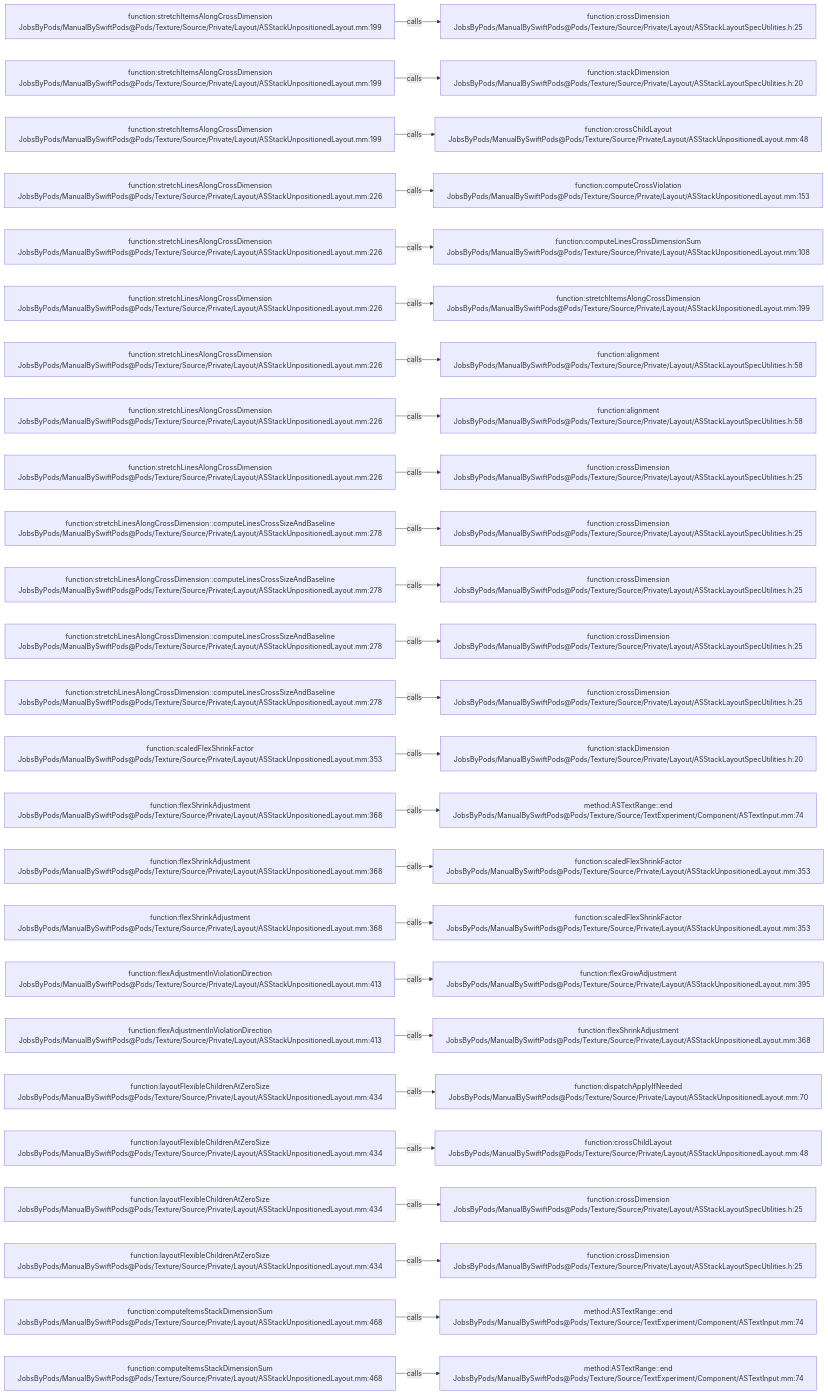
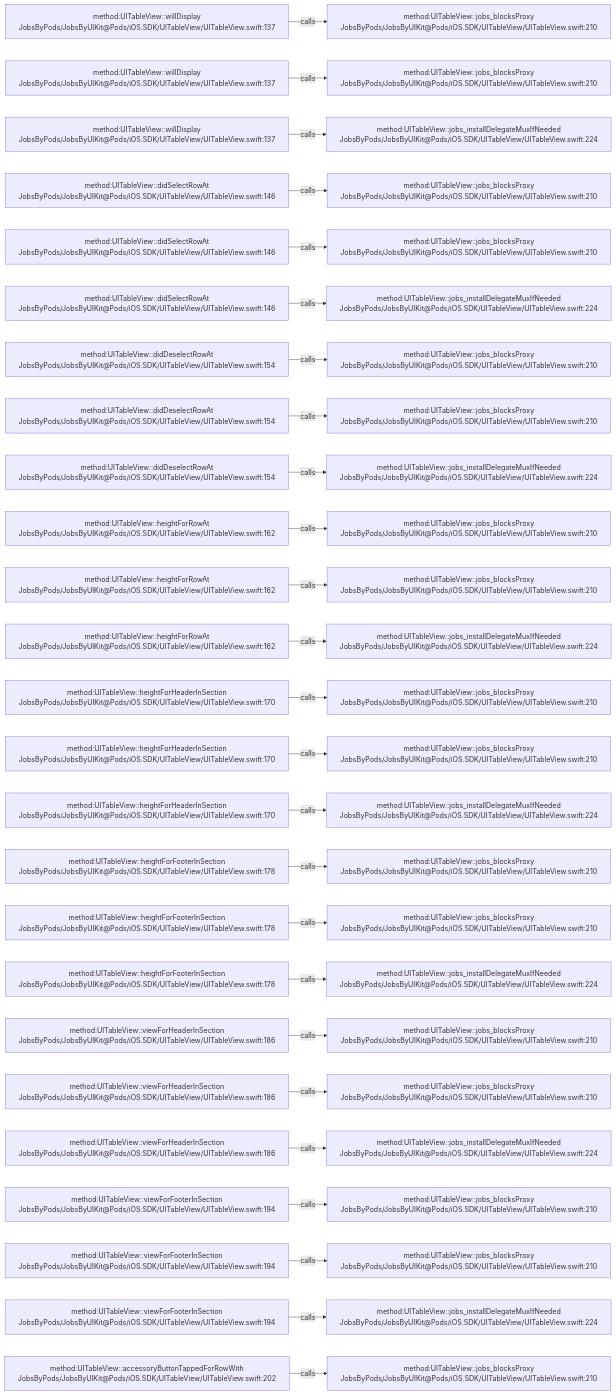
One commit to JobsKits/JobsSwiftBaseConfigDemo changed the diagram in .codegraph/codegraph.md/graphs/calls-125.md. Above: the diagram before and after it, drawn with Mermaid. The commit also changed 224 other files, not shown here.

````diff
--- a/.codegraph/codegraph.md/graphs/calls-125.md
+++ b/.codegraph/codegraph.md/graphs/calls-125.md
@@ -13,78 +13,78 @@
 ```mermaid
 flowchart LR
-  S1["function:stretchItemsAlongCrossDimension<br/>JobsByPods/ManualBySwiftPods@Pods/Texture/Source/Private/Layout/ASStackUnpositionedLayout.mm:199"]
-  T1["function:crossDimension<br/>JobsByPods/ManualBySwiftPods@Pods/Texture/Source/Private/Layout/ASStackLayoutSpecUtilities.h:25"]
+  S1["method:UITableView::willDisplay<br/>JobsByPods/JobsByUIKit@Pods/iOS.SDK/UITableView/UITableView.swift:137"]
+  T1["method:UITableView::jobs_blocksProxy<br/>JobsByPods/JobsByUIKit@Pods/iOS.SDK/UITableView/UITableView.swift:210"]
   S1 -->|calls| T1
-  S2["function:stretchItemsAlongCrossDimension<br/>JobsByPods/ManualBySwiftPods@Pods/Texture/Source/Private/Layout/ASStackUnpositionedLayout.mm:199"]
-  T2["function:stackDimension<br/>JobsByPods/ManualBySwiftPods@Pods/Texture/Source/Private/Layout/ASStackLayoutSpecUtilities.h:20"]
+  S2["method:UITableView::willDisplay<br/>JobsByPods/JobsByUIKit@Pods/iOS.SDK/UITableView/UITableView.swift:137"]
+  T2["method:UITableView::jobs_blocksProxy<br/>JobsByPods/JobsByUIKit@Pods/iOS.SDK/UITableView/UITableView.swift:210"]
   S2 -->|calls| T2
-  S3["function:stretchItemsAlongCrossDimension<br/>JobsByPods/ManualBySwiftPods@Pods/Texture/Source/Private/Layout/ASStackUnpositionedLayout.mm:199"]
-  T3["function:crossChildLayout<br/>JobsByPods/ManualBySwiftPods@Pods/Texture/Source/Private/Layout/ASStackUnpositionedLayout.mm:48"]
+  S3["method:UITableView::willDisplay<br/>JobsByPods/JobsByUIKit@Pods/iOS.SDK/UITableView/UITableView.swift:137"]
+  T3["method:UITableView::jobs_installDelegateMuxIfNeeded<br/>JobsByPods/JobsByUIKit@Pods/iOS.SDK/UITableView/UITableView.swift:224"]
   S3 -->|calls| T3
-  S4["function:stretchLinesAlongCrossDimension<br/>JobsByPods/ManualBySwiftPods@Pods/Texture/Source/Private/Layout/ASStackUnpositionedLayout.mm:226"]
-  T4["function:computeCrossViolation<br/>JobsByPods/ManualBySwiftPods@Pods/Texture/Source/Private/Layout/ASStackUnpositionedLayout.mm:153"]
+  S4["method:UITableView::didSelectRowAt<br/>JobsByPods/JobsByUIKit@Pods/iOS.SDK/UITableView/UITableView.swift:146"]
+  T4["method:UITableView::jobs_blocksProxy<br/>JobsByPods/JobsByUIKit@Pods/iOS.SDK/UITableView/UITableView.swift:210"]
   S4 -->|calls| T4
-  S5["function:stretchLinesAlongCrossDimension<br/>JobsByPods/ManualBySwiftPods@Pods/Texture/Source/Private/Layout/ASStackUnpositionedLayout.mm:226"]
-  T5["function:computeLinesCrossDimensionSum<br/>JobsByPods/ManualBySwiftPods@Pods/Texture/Source/Private/Layout/ASStackUnpositionedLayout.mm:108"]
+  S5["method:UITableView::didSelectRowAt<br/>JobsByPods/JobsByUIKit@Pods/iOS.SDK/UITableView/UITableView.swift:146"]
+  T5["method:UITableView::jobs_blocksProxy<br/>JobsByPods/JobsByUIKit@Pods/iOS.SDK/UITableView/UITableView.swift:210"]
   S5 -->|calls| T5
-  S6["function:stretchLinesAlongCrossDimension<br/>JobsByPods/ManualBySwiftPods@Pods/Texture/Source/Private/Layout/ASStackUnpositionedLayout.mm:226"]
-  T6["function:stretchItemsAlongCrossDimension<br/>JobsByPods/ManualBySwiftPods@Pods/Texture/Source/Private/Layout/ASStackUnpositionedLayout.mm:199"]
+  S6["method:UITableView::didSelectRowAt<br/>JobsByPods/JobsByUIKit@Pods/iOS.SDK/UITableView/UITableView.swift:146"]
+  T6["method:UITableView::jobs_installDelegateMuxIfNeeded<br/>JobsByPods/JobsByUIKit@Pods/iOS.SDK/UITableView/UITableView.swift:224"]
   S6 -->|calls| T6
-  S7["function:stretchLinesAlongCrossDimension<br/>JobsByPods/ManualBySwiftPods@Pods/Texture/Source/Private/Layout/ASStackUnpositionedLayout.mm:226"]
-  T7["function:alignment<br/>JobsByPods/ManualBySwiftPods@Pods/Texture/Source/Private/Layout/ASStackLayoutSpecUtilities.h:58"]
+  S7["method:UITableView::didDeselectRowAt<br/>JobsByPods/JobsByUIKit@Pods/iOS.SDK/UITableView/UITableView.swift:154"]
+  T7["method:UITableView::jobs_blocksProxy<br/>JobsByPods/JobsByUIKit@Pods/iOS.SDK/UITableView/UITableView.swift:210"]
   S7 -->|calls| T7
-  S8["function:stretchLinesAlongCrossDimension<br/>JobsByPods/ManualBySwiftPods@Pods/Texture/Source/Private/Layout/ASStackUnpositionedLayout.mm:226"]
-  T8["function:alignment<br/>JobsByPods/ManualBySwiftPods@Pods/Texture/Source/Private/Layout/ASStackLayoutSpecUtilities.h:58"]
+  S8["method:UITableView::didDeselectRowAt<br/>JobsByPods/JobsByUIKit@Pods/iOS.SDK/UITableView/UITableView.swift:154"]
+  T8["method:UITableView::jobs_blocksProxy<br/>JobsByPods/JobsByUIKit@Pods/iOS.SDK/UITableView/UITableView.swift:210"]
   S8 -->|calls| T8
-  S9["function:stretchLinesAlongCrossDimension<br/>JobsByPods/ManualBySwiftPods@Pods/Texture/Source/Private/Layout/ASStackUnpositionedLayout.mm:226"]
-  T9["function:crossDimension<br/>JobsByPods/ManualBySwiftPods@Pods/Texture/Source/Private/Layout/ASStackLayoutSpecUtilities.h:25"]
+  S9["method:UITableView::didDeselectRowAt<br/>JobsByPods/JobsByUIKit@Pods/iOS.SDK/UITableView/UITableView.swift:154"]
+  T9["method:UITableView::jobs_installDelegateMuxIfNeeded<br/>JobsByPods/JobsByUIKit@Pods/iOS.SDK/UITableView/UITableView.swift:224"]
   S9 -->|calls| T9
-  S10["function:stretchLinesAlongCrossDimension::computeLinesCrossSizeAndBaseline<br/>JobsByPods/ManualBySwiftPods@Pods/Texture/Source/Private/Layout/ASStackUnpositionedLayout.mm:278"]
-  T10["function:crossDimension<br/>JobsByPods/ManualBySwiftPods@Pods/Texture/Source/Private/Layout/ASStackLayoutSpecUtilities.h:25"]
+  S10["method:UITableView::heightForRowAt<br/>JobsByPods/JobsByUIKit@Pods/iOS.SDK/UITableView/UITableView.swift:162"]
+  T10["method:UITableView::jobs_blocksProxy<br/>JobsByPods/JobsByUIKit@Pods/iOS.SDK/UITableView/UITableView.swift:210"]
   S10 -->|calls| T10
-  S11["function:stretchLinesAlongCrossDimension::computeLinesCrossSizeAndBaseline<br/>JobsByPods/ManualBySwiftPods@Pods/Texture/Source/Private/Layout/ASStackUnpositionedLayout.mm:278"]
-  T11["function:crossDimension<br/>JobsByPods/ManualBySwiftPods@Pods/Texture/Source/Private/Layout/ASStackLayoutSpecUtilities.h:25"]
+  S11["method:UITableView::heightForRowAt<br/>JobsByPods/JobsByUIKit@Pods/iOS.SDK/UITableView/UITableView.swift:162"]
+  T11["method:UITableView::jobs_blocksProxy<br/>JobsByPods/JobsByUIKit@Pods/iOS.SDK/UITableView/UITableView.swift:210"]
   S11 -->|calls| T11
-  S12["function:stretchLinesAlongCrossDimension::computeLinesCrossSizeAndBaseline<br/>JobsByPods/ManualBySwiftPods@Pods/Texture/Source/Private/Layout/ASStackUnpositionedLayout.mm:278"]
-  T12["function:crossDimension<br/>JobsByPods/ManualBySwiftPods@Pods/Texture/Source/Private/Layout/ASStackLayoutSpecUtilities.h:25"]
+  S12["method:UITableView::heightForRowAt<br/>JobsByPods/JobsByUIKit@Pods/iOS.SDK/UITableView/UITableView.swift:162"]
+  T12["method:UITableView::jobs_installDelegateMuxIfNeeded<br/>JobsByPods/JobsByUIKit@Pods/iOS.SDK/UITableView/UITableView.swift:224"]
   S12 -->|calls| T12
-  S13["function:stretchLinesAlongCrossDimension::computeLinesCrossSizeAndBaseline<br/>JobsByPods/ManualBySwiftPods@Pods/Texture/Source/Private/Layout/ASStackUnpositionedLayout.mm:278"]
-  T13["function:crossDimension<br/>JobsByPods/ManualBySwiftPods@Pods/Texture/Source/Private/Layout/ASStackLayoutSpecUtilities.h:25"]
+  S13["method:UITableView::heightForHeaderInSection<br/>JobsByPods/JobsByUIKit@Pods/iOS.SDK/UITableView/UITableView.swift:170"]
+  T13["method:UITableView::jobs_blocksProxy<br/>JobsByPods/JobsByUIKit@Pods/iOS.SDK/UITableView/UITableView.swift:210"]
   S13 -->|calls| T13
-  S14["function:scaledFlexShrinkFactor<br/>JobsByPods/ManualBySwiftPods@Pods/Texture/Source/Private/Layout/ASStackUnpositionedLayout.mm:353"]
-  T14["function:stackDimension<br/>JobsByPods/ManualBySwiftPods@Pods/Texture/Source/Private/Layout/ASStackLayoutSpecUtilities.h:20"]
+  S14["method:UITableView::heightForHeaderInSection<br/>JobsByPods/JobsByUIKit@Pods/iOS.SDK/UITableView/UITableView.swift:170"]
+  T14["method:UITableView::jobs_blocksProxy<br/>JobsByPods/JobsByUIKit@Pods/iOS.SDK/UITableView/UITableView.swift:210"]
   S14 -->|calls| T14
-  S15["function:flexShrinkAdjustment<br/>JobsByPods/ManualBySwiftPods@Pods/Texture/Source/Private/Layout/ASStackUnpositionedLayout.mm:368"]
-  T15["method:ASTextRange::end<br/>JobsByPods/ManualBySwiftPods@Pods/Texture/Source/TextExperiment/Component/ASTextInput.mm:74"]
+  S15["method:UITableView::heightForHeaderInSection<br/>JobsByPods/JobsByUIKit@Pods/iOS.SDK/UITableView/UITableView.swift:170"]
+  T15["method:UITableView::jobs_installDelegateMuxIfNeeded<br/>JobsByPods/JobsByUIKit@Pods/iOS.SDK/UITableView/UITableView.swift:224"]
   S15 -->|calls| T15
-  S16["function:flexShrinkAdjustment<br/>JobsByPods/ManualBySwiftPods@Pods/Texture/Source/Private/Layout/ASStackUnpositionedLayout.mm:368"]
-  T16["function:scaledFlexShrinkFactor<br/>JobsByPods/ManualBySwiftPods@Pods/Texture/Source/Private/Layout/ASStackUnpositionedLayout.mm:353"]
+  S16["method:UITableView::heightForFooterInSection<br/>JobsByPods/JobsByUIKit@Pods/iOS.SDK/UITableView/UITableView.swift:178"]
+  T16["method:UITableView::jobs_blocksProxy<br/>JobsByPods/JobsByUIKit@Pods/iOS.SDK/UITableView/UITableView.swift:210"]
   S16 -->|calls| T16
-  S17["function:flexShrinkAdjustment<br/>JobsByPods/ManualBySwiftPods@Pods/Texture/Source/Private/Layout/ASStackUnpositionedLayout.mm:368"]
-  T17["function:scaledFlexShrinkFactor<br/>JobsByPods/ManualBySwiftPods@Pods/Texture/Source/Private/Layout/ASStackUnpositionedLayout.mm:353"]
+  S17["method:UITableView::heightForFooterInSection<br/>JobsByPods/JobsByUIKit@Pods/iOS.SDK/UITableView/UITableView.swift:178"]
+  T17["method:UITableView::jobs_blocksProxy<br/>JobsByPods/JobsByUIKit@Pods/iOS.SDK/UITableView/UITableView.swift:210"]
   S17 -->|calls| T17
-  S18["function:flexAdjustmentInViolationDirection<br/>JobsByPods/ManualBySwiftPods@Pods/Texture/Source/Private/Layout/ASStackUnpositionedLayout.mm:413"]
-  T18["function:flexGrowAdjustment<br/>JobsByPods/ManualBySwiftPods@Pods/Texture/Source/Private/Layout/ASStackUnpositionedLayout.mm:395"]
+  S18["method:UITableView::heightForFooterInSection<br/>JobsByPods/JobsByUIKit@Pods/iOS.SDK/UITableView/UITableView.swift:178"]
+  T18["method:UITableView::jobs_installDelegateMuxIfNeeded<br/>JobsByPods/JobsByUIKit@Pods/iOS.SDK/UITableView/UITableView.swift:224"]
   S18 -->|calls| T18
-  S19["function:flexAdjustmentInViolationDirection<br/>JobsByPods/ManualBySwiftPods@Pods/Texture/Source/Private/Layout/ASStackUnpositionedLayout.mm:413"]
-  T19["function:flexShrinkAdjustment<br/>JobsByPods/ManualBySwiftPods@Pods/Texture/Source/Private/Layout/ASStackUnpositionedLayout.mm:368"]
+  S19["method:UITableView::viewForHeaderInSection<br/>JobsByPods/JobsByUIKit@Pods/iOS.SDK/UITableView/UITableView.swift:186"]
+  T19["method:UITableView::jobs_blocksProxy<br/>JobsByPods/JobsByUIKit@Pods/iOS.SDK/UITableView/UITableView.swift:210"]
   S19 -->|calls| T19
-  S20["function:layoutFlexibleChildrenAtZeroSize<br/>JobsByPods/ManualBySwiftPods@Pods/Texture/Source/Private/Layout/ASStackUnpositionedLayout.mm:434"]
-  T20["function:dispatchApplyIfNeeded<br/>JobsByPods/ManualBySwiftPods@Pods/Texture/Source/Private/Layout/ASStackUnpositionedLayout.mm:70"]
+  S20["method:UITableView::viewForHeaderInSection<br/>JobsByPods/JobsByUIKit@Pods/iOS.SDK/UITableView/UITableView.swift:186"]
+  T20["method:UITableView::jobs_blocksProxy<br/>JobsByPods/JobsByUIKit@Pods/iOS.SDK/UITableView/UITableView.swift:210"]
   S20 -->|calls| T20
-  S21["function:layoutFlexibleChildrenAtZeroSize<br/>JobsByPods/ManualBySwiftPods@Pods/Texture/Source/Private/Layout/ASStackUnpositionedLayout.mm:434"]
-  T21["function:crossChildLayout<br/>JobsByPods/ManualBySwiftPods@Pods/Texture/Source/Private/Layout/ASStackUnpositionedLayout.mm:48"]
+  S21["method:UITableView::viewForHeaderInSection<br/>JobsByPods/JobsByUIKit@Pods/iOS.SDK/UITableView/UITableView.swift:186"]
+  T21["method:UITableView::jobs_installDelegateMuxIfNeeded<br/>JobsByPods/JobsByUIKit@Pods/iOS.SDK/UITableView/UITableView.swift:224"]
   S21 -->|calls| T21
-  S22["function:layoutFlexibleChildrenAtZeroSize<br/>JobsByPods/ManualBySwiftPods@Pods/Texture/Source/Private/Layout/ASStackUnpositionedLayout.mm:434"]
-  T22["function:crossDimension<br/>JobsByPods/ManualBySwiftPods@Pods/Texture/Source/Private/Layout/ASStackLayoutSpecUtilities.h:25"]
+  S22["method:UITableView::viewForFooterInSection<br/>JobsByPods/JobsByUIKit@Pods/iOS.SDK/UITableView/UITableView.swift:194"]
+  T22["method:UITableView::jobs_blocksProxy<br/>JobsByPods/JobsByUIKit@Pods/iOS.SDK/UITableView/UITableView.swift:210"]
   S22 -->|calls| T22
-  S23["function:layoutFlexibleChildrenAtZeroSize<br/>JobsByPods/ManualBySwiftPods@Pods/Texture/Source/Private/Layout/ASStackUnpositionedLayout.mm:434"]
-  T23["function:crossDimension<br/>JobsByPods/ManualBySwiftPods@Pods/Texture/Source/Private/Layout/ASStackLayoutSpecUtilities.h:25"]
+  S23["method:UITableView::viewForFooterInSection<br/>JobsByPods/JobsByUIKit@Pods/iOS.SDK/UITableView/UITableView.swift:194"]
+  T23["method:UITableView::jobs_blocksProxy<br/>JobsByPods/JobsByUIKit@Pods/iOS.SDK/UITableView/UITableView.swift:210"]
   S23 -->|calls| T23
-  S24["function:computeItemsStackDimensionSum<br/>JobsByPods/ManualBySwiftPods@Pods/Texture/Source/Private/Layout/ASStackUnpositionedLayout.mm:468"]
-  T24["method:ASTextRange::end<br/>JobsByPods/ManualBySwiftPods@Pods/Texture/Source/TextExperiment/Component/ASTextInput.mm:74"]
+  S24["method:UITableView::viewForFooterInSection<br/>JobsByPods/JobsByUIKit@Pods/iOS.SDK/UITableView/UITableView.swift:194"]
+  T24["method:UITableView::jobs_installDelegateMuxIfNeeded<br/>JobsByPods/JobsByUIKit@Pods/iOS.SDK/UITableView/UITableView.swift:224"]
   S24 -->|calls| T24
-  S25["function:computeItemsStackDimensionSum<br/>JobsByPods/ManualBySwiftPods@Pods/Texture/Source/Private/Layout/ASStackUnpositionedLayout.mm:468"]
-  T25["method:ASTextRange::end<br/>JobsByPods/ManualBySwiftPods@Pods/Texture/Source/TextExperiment/Component/ASTextInput.mm:74"]
+  S25["method:UITableView::accessoryButtonTappedForRowWith<br/>JobsByPods/JobsByUIKit@Pods/iOS.SDK/UITableView/UITableView.swift:202"]
+  T25["method:UITableView::jobs_blocksProxy<br/>JobsByPods/JobsByUIKit@Pods/iOS.SDK/UITableView/UITableView.swift:210"]
   S25 -->|calls| T25
 ```
````
